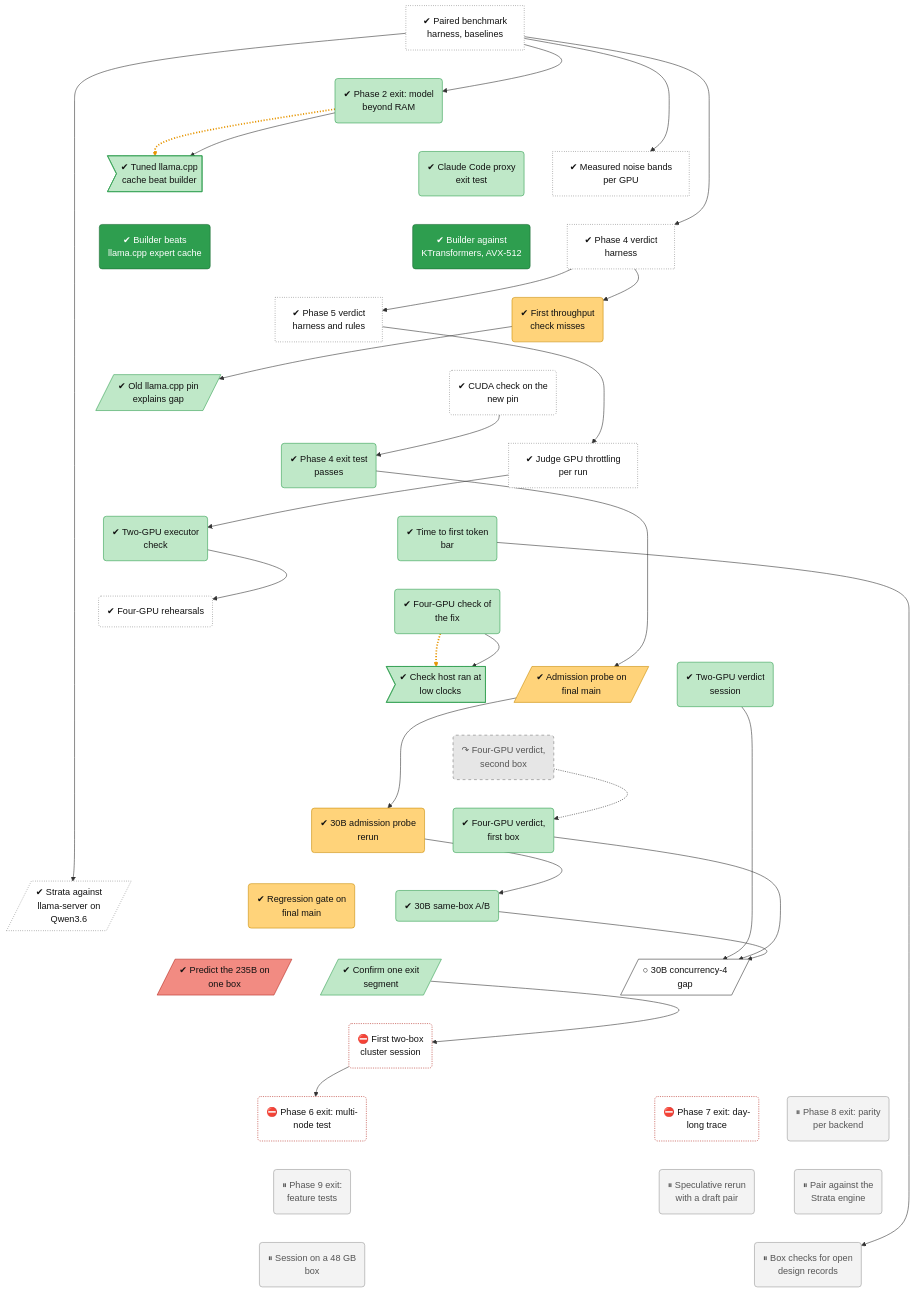
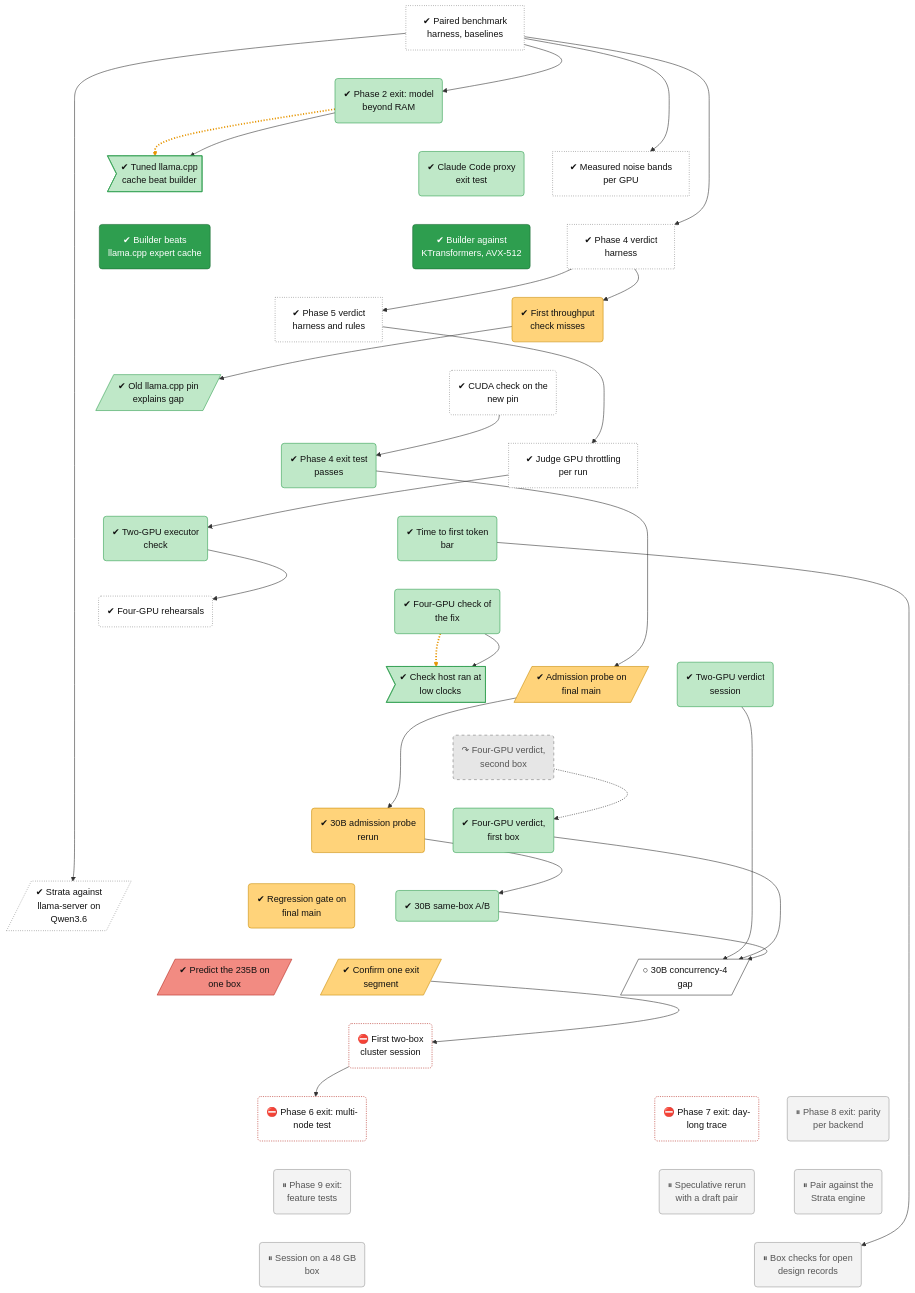
One commit to lhns/tetraeder changed the diagram in docs/roadmap/tracks/bench.md. Above: the diagram before and after it, drawn with Mermaid. The commit also changed other lines of this file and 7 other files, not shown here.

Commit message:
Phase 6, ADR 0092 confirmation: no verdict, session not clean (A/A -0.099 against 0.08; prefill rounds span 8.6x); tree node mixed, summary A/A check, rustfmt (not measured)

```diff
--- a/docs/roadmap/tracks/bench.md
+++ b/docs/roadmap/tracks/bench.md
@@ -133,9 +133,9 @@
     classDef finding fill:#ffe0b2,stroke:#d84315,stroke-width:2px,color:#111
     classDef waiting fill:#e3f2fd,stroke:#1f6fc5,stroke-dasharray:5 5,color:#111
     class bench_harness,bench_noise_bands,bench_phase4_harness,bench_phase5_harness,bench_pin_confirm,bench_throttle_rules,bench_s3_rehearsal,bench_strata_q36 unrated
-    class bench_phase2_exit,bench_defect_tuned_cache,bench_phase3b_proxy,bench_pin_ab,bench_phase4_exit,bench_s2_step0,bench_ttft,bench_s3f2,bench_defect_s3f2_clock,bench_v2_verdict,bench_v4a_verdict,bench_ab30b,bench_235b_segment_confirm succ
+    class bench_phase2_exit,bench_defect_tuned_cache,bench_phase3b_proxy,bench_pin_ab,bench_phase4_exit,bench_s2_step0,bench_ttft,bench_s3f2,bench_defect_s3f2_clock,bench_v2_verdict,bench_v4a_verdict,bench_ab30b succ
     class bench_m1_point1,bench_m1_point3 vsucc
-    class bench_d2a_rerun,bench_d2a_probe,bench_d2a_30b,bench_regression_gate mixed
+    class bench_d2a_rerun,bench_d2a_probe,bench_d2a_30b,bench_regression_gate,bench_235b_segment_confirm mixed
     class bench_v4b_verdict dead
     class bench_235b_stream_predict bad
     class bench_30b_c4_gap next
```
